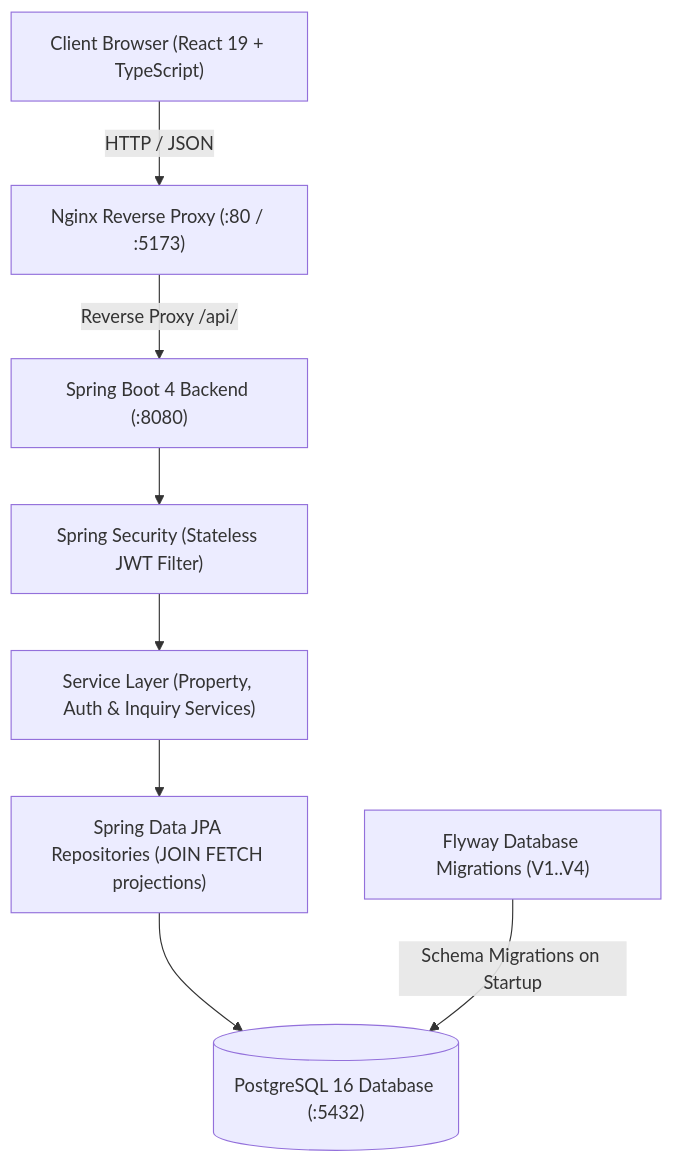
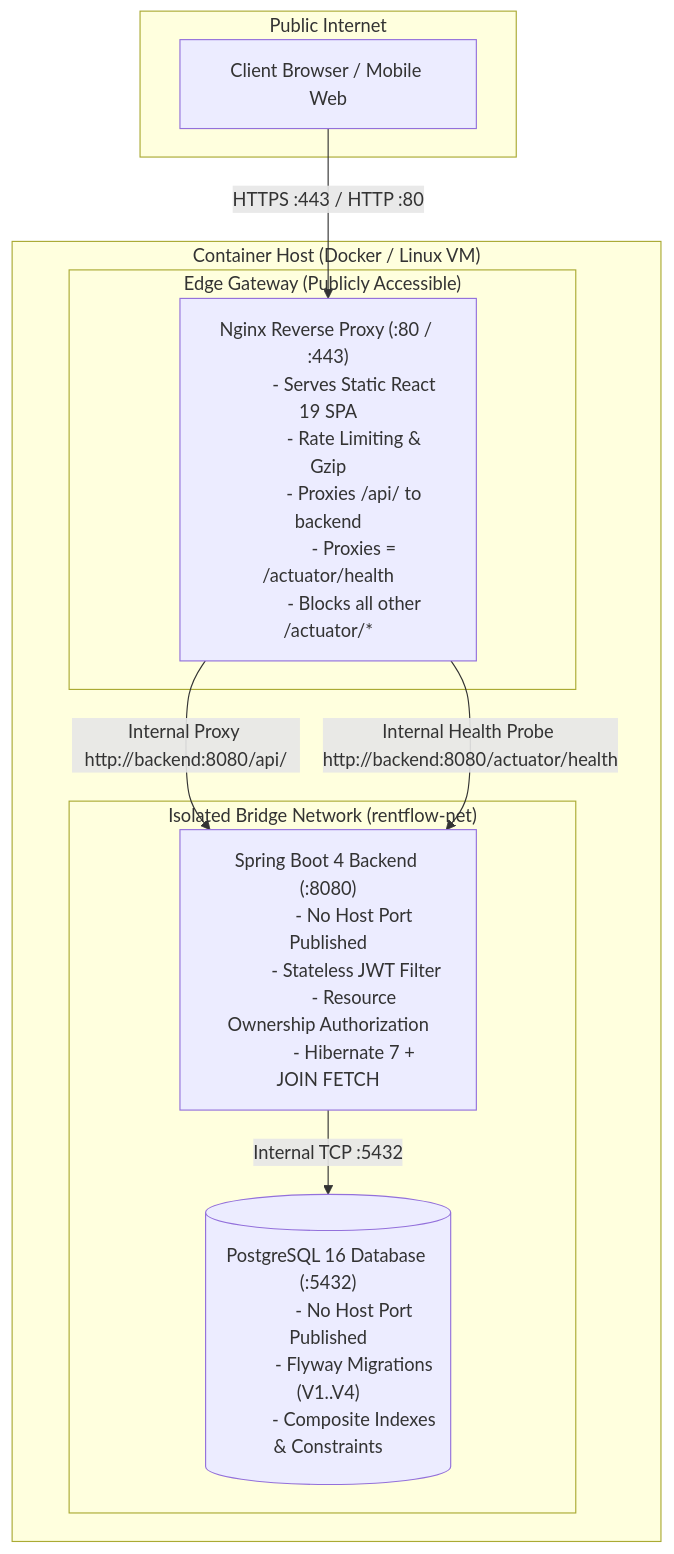
One commit to iiitsourabh-a11y/RentFlow2.0 changed the diagram in README.md. Above: the diagram before and after it, drawn with Mermaid. The commit also changed other lines of this file and 11 other files, not shown here.

First line of the commit message:
fix(security): resolve all critical and high audit issues across secrets, network isolation, actuator, and container testing

````diff
--- a/README.md
+++ b/README.md
@@ -17,19 +22,35 @@
 ```mermaid
 flowchart TD
-    Client["Client Browser (React 19 + TypeScript)"]
-    Nginx["Nginx Reverse Proxy (:80 / :5173)"]
-    Backend["Spring Boot 4 Backend (:8080)"]
-    Security["Spring Security (Stateless JWT Filter)"]
-    Service["Service Layer (Property, Auth & Inquiry Services)"]
-    Repo["Spring Data JPA Repositories (JOIN FETCH projections)"]
-    Flyway["Flyway Database Migrations (V1..V4)"]
-    DB[("PostgreSQL 16 Database (:5432)")]
+    subgraph PublicInternet["Public Internet"]
+        Client["Client Browser / Mobile Web"]
+    end
 
-    Client -->|HTTP / JSON| Nginx
-    Nginx -->|Reverse Proxy /api/| Backend
-    Backend --> Security
-    Security --> Service
-    Service --> Repo
-    Repo --> DB
-    Flyway -->|Schema Migrations on Startup| DB
+    subgraph HostContainerHost["Container Host (Docker / Linux VM)"]
+        subgraph EdgeGateway["Edge Gateway (Publicly Accessible)"]
+            Nginx["Nginx Reverse Proxy (:80 / :443)
+            - Serves Static React 19 SPA
+            - Rate Limiting & Gzip
+            - Proxies /api/ to backend
+            - Proxies = /actuator/health
+            - Blocks all other /actuator/*"]
+        end
+
+        subgraph PrivateNetwork["Isolated Bridge Network (rentflow-net)"]
+            Backend["Spring Boot 4 Backend (:8080)
+            - No Host Port Published
+            - Stateless JWT Filter
+            - Resource Ownership Authorization
+            - Hibernate 7 + JOIN FETCH"]
+
+            Database[("PostgreSQL 16 Database (:5432)
+            - No Host Port Published
+            - Flyway Migrations (V1..V4)
+            - Composite Indexes & Constraints")]
+        end
+    end
+
+    Client -->|HTTPS :443 / HTTP :80| Nginx
+    Nginx -->|Internal Proxy http://backend:8080/api/| Backend
+    Nginx -->|Internal Health Probe http://backend:8080/actuator/health| Backend
+    Backend -->|Internal TCP :5432| Database
 ```
````
